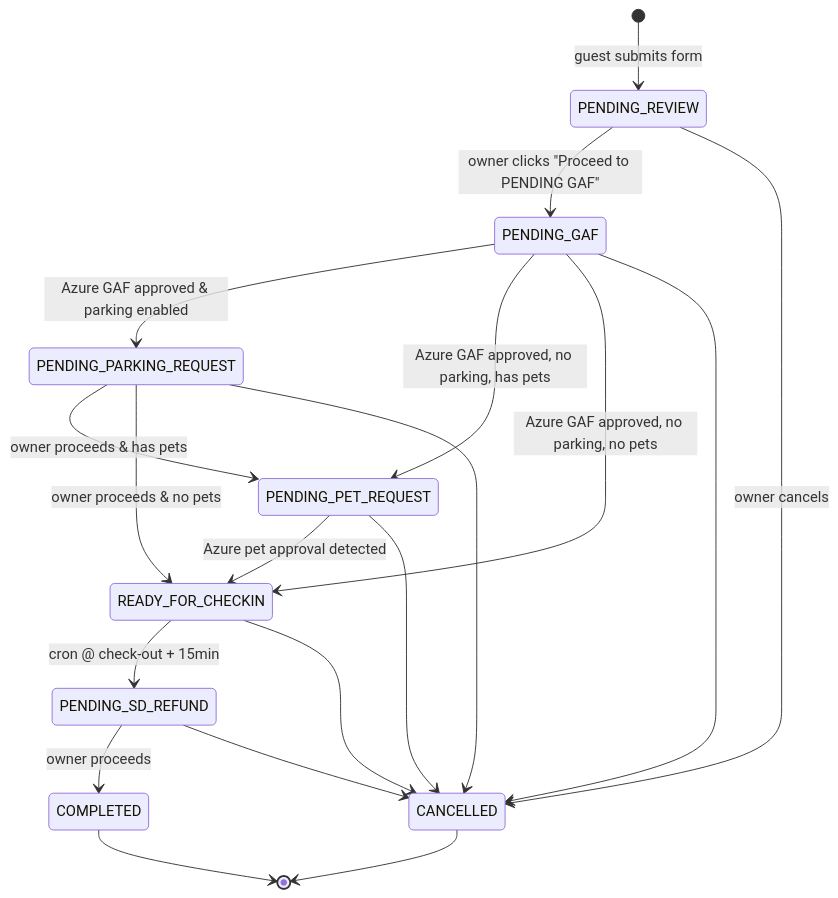
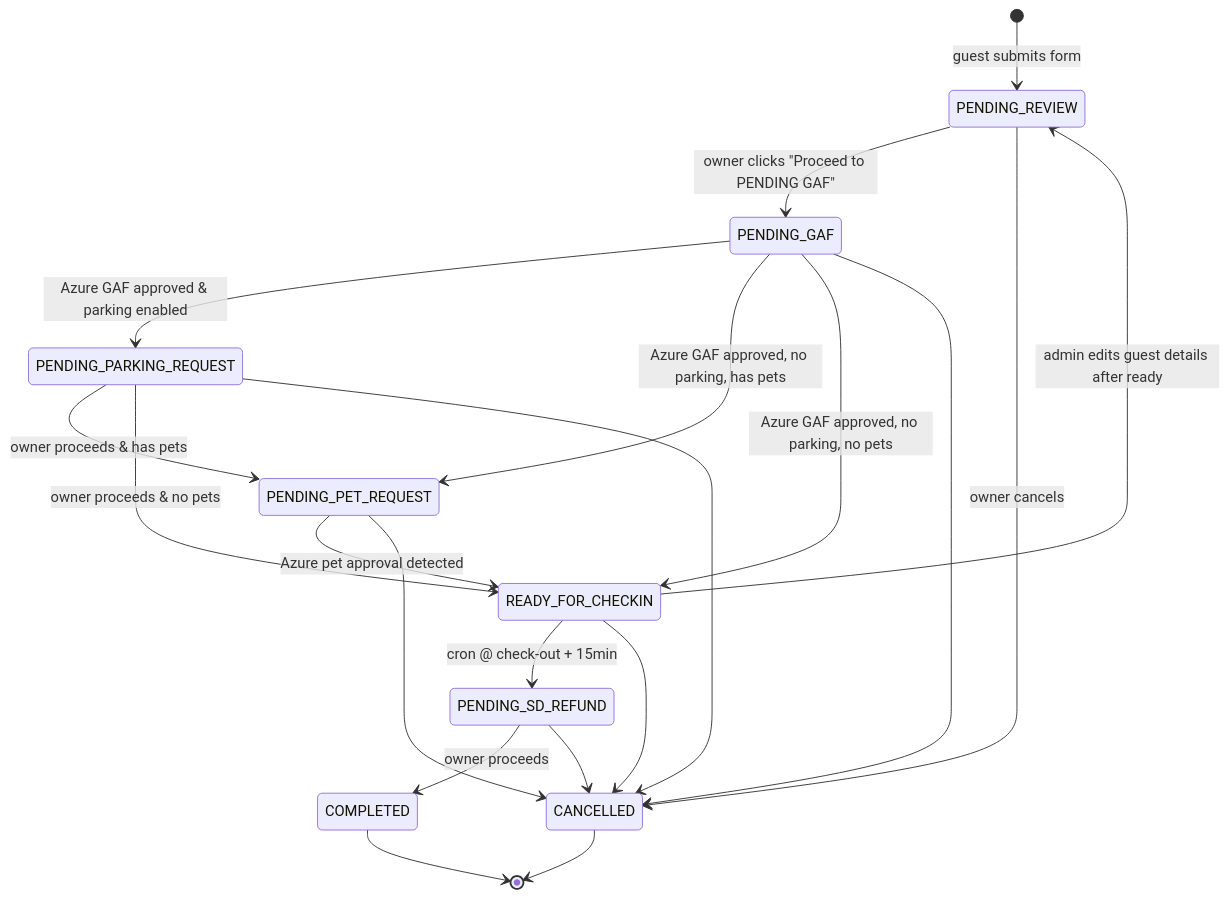
One commit to sprmke/guest-form-management changed the diagram in docs/NEW_FLOW_PLAN.md. Above: the diagram before and after it, drawn with Mermaid. The commit also changed other lines of this file and 41 other files, not shown here.

````diff
--- a/docs/NEW_FLOW_PLAN.md
+++ b/docs/NEW_FLOW_PLAN.md
@@ -37,28 +37,29 @@
 ```mermaid
 stateDiagram-v2
   [*] --> PENDING_REVIEW: guest submits form
 
   PENDING_REVIEW --> PENDING_GAF: owner clicks "Proceed to PENDING GAF"
   PENDING_REVIEW --> CANCELLED: owner cancels
 
   PENDING_GAF --> PENDING_PARKING_REQUEST: Azure GAF approved & parking enabled
   PENDING_GAF --> PENDING_PET_REQUEST: Azure GAF approved, no parking, has pets
   PENDING_GAF --> READY_FOR_CHECKIN: Azure GAF approved, no parking, no pets
   PENDING_GAF --> CANCELLED
 
   PENDING_PARKING_REQUEST --> PENDING_PET_REQUEST: owner proceeds & has pets
   PENDING_PARKING_REQUEST --> READY_FOR_CHECKIN: owner proceeds & no pets
   PENDING_PARKING_REQUEST --> CANCELLED
 
   PENDING_PET_REQUEST --> READY_FOR_CHECKIN: Azure pet approval detected
   PENDING_PET_REQUEST --> CANCELLED
 
   READY_FOR_CHECKIN --> PENDING_SD_REFUND: cron @ check-out + 15min
+  READY_FOR_CHECKIN --> PENDING_REVIEW: admin edits guest details after ready
   READY_FOR_CHECKIN --> CANCELLED
 
   PENDING_SD_REFUND --> COMPLETED: owner proceeds
   PENDING_SD_REFUND --> CANCELLED
 
   COMPLETED --> [*]
   CANCELLED --> [*]
 ```
````
